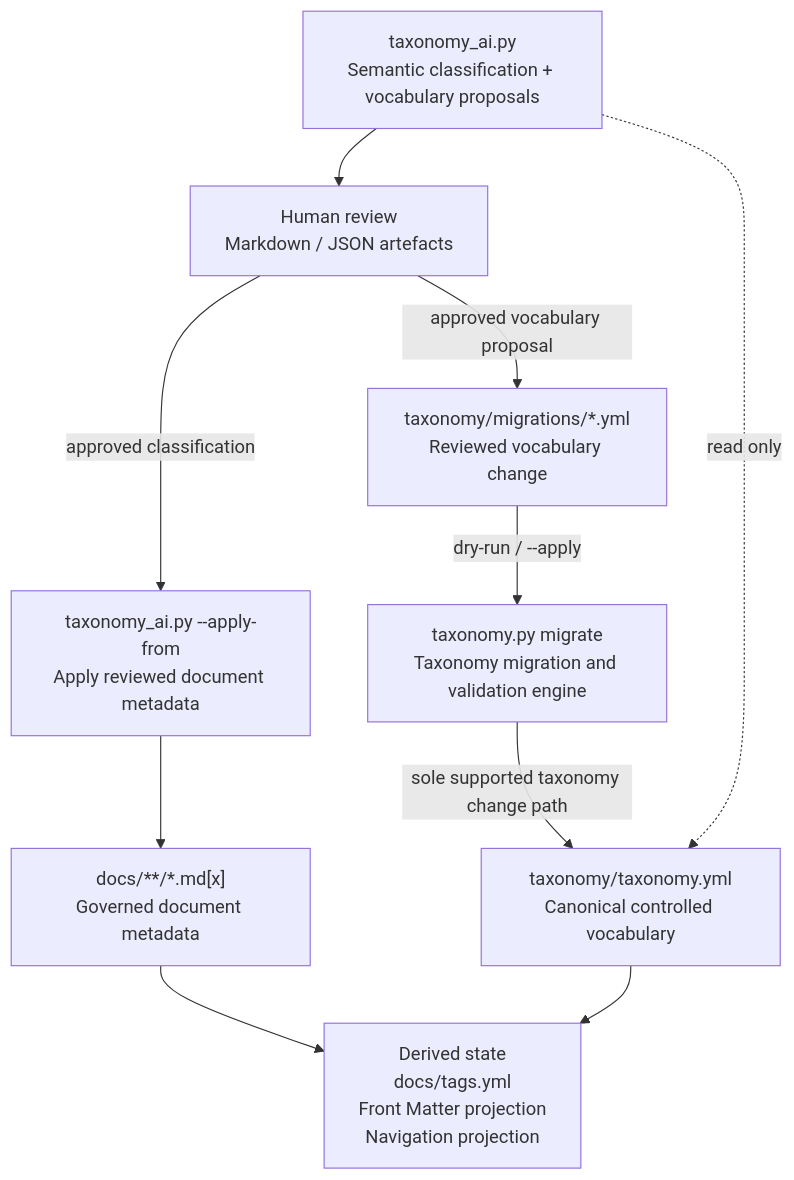
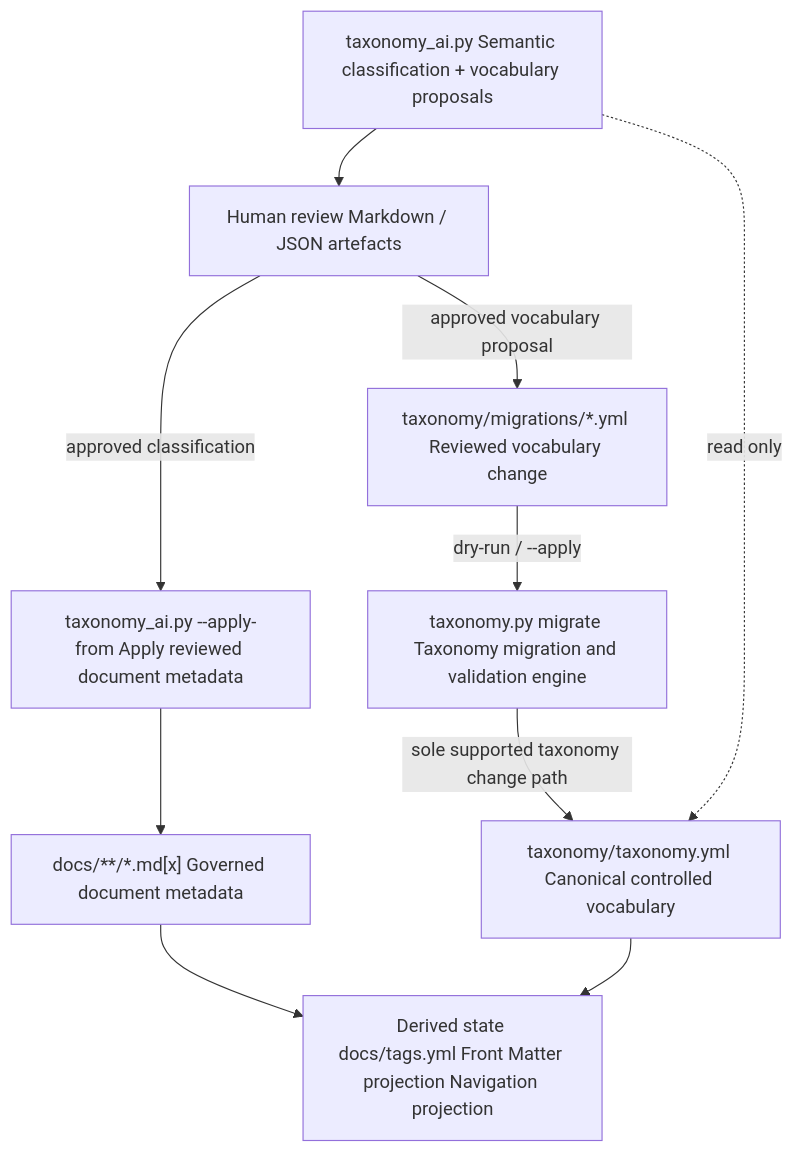
One commit to iand4096/docusaurusportfolio changed the first of 2 diagrams in docs/implementation-details/taxonomy.md. Above: the diagram before and after it, drawn with Mermaid. The commit also changed other lines of this file and 3 other files, not shown here.

Commit message:
fix mermaid diagrams

````diff
--- a/docs/implementation-details/taxonomy.md
+++ b/docs/implementation-details/taxonomy.md
@@ -86,21 +86,21 @@
 ```mermaid
 flowchart TD
-    AI["taxonomy_ai.py<br/>Semantic classification + vocabulary proposals"]
-    REVIEW["Human review<br/>Markdown / JSON artefacts"]
-    APPLY["taxonomy_ai.py --apply-from<br/>Apply reviewed document metadata"]
-    MIGRATION["taxonomy/migrations/*.yml<br/>Reviewed vocabulary change"]
-    ENGINE["taxonomy.py migrate<br/>Taxonomy migration and validation engine"]
-    DOCS["docs/**/*.md[x]<br/>Governed document metadata"]
-    TAXONOMY["taxonomy/taxonomy.yml<br/>Canonical controlled vocabulary"]
-    DERIVED["Derived state<br/>docs/tags.yml<br/>Front Matter projection<br/>Navigation projection"]
+    AI["`taxonomy_ai.py Semantic classification + vocabulary proposals`"]
+    REVIEW["`Human review Markdown / JSON artefacts`"]
+    APPLY["`taxonomy_ai.py --apply-from Apply reviewed document metadata`"]
+    MIGRATION["`taxonomy/migrations/*.yml Reviewed vocabulary change`"]
+    ENGINE["`taxonomy.py migrate Taxonomy migration and validation engine`"]
+    DOCS["`docs/**/*.md[x] Governed document metadata`"]
+    TAXONOMY["`taxonomy/taxonomy.yml Canonical controlled vocabulary`"]
+    DERIVED["`Derived state docs/tags.yml Front Matter projection Navigation projection`"]
 
     AI --> REVIEW
     REVIEW -->|"approved classification"| APPLY
     APPLY --> DOCS
     REVIEW -->|"approved vocabulary proposal"| MIGRATION
     MIGRATION -->|"dry-run / --apply"| ENGINE
     ENGINE -->|"sole supported taxonomy change path"| TAXONOMY
     TAXONOMY --> DERIVED
     DOCS --> DERIVED
     AI -.->|"read only"| TAXONOMY
 ```
````
